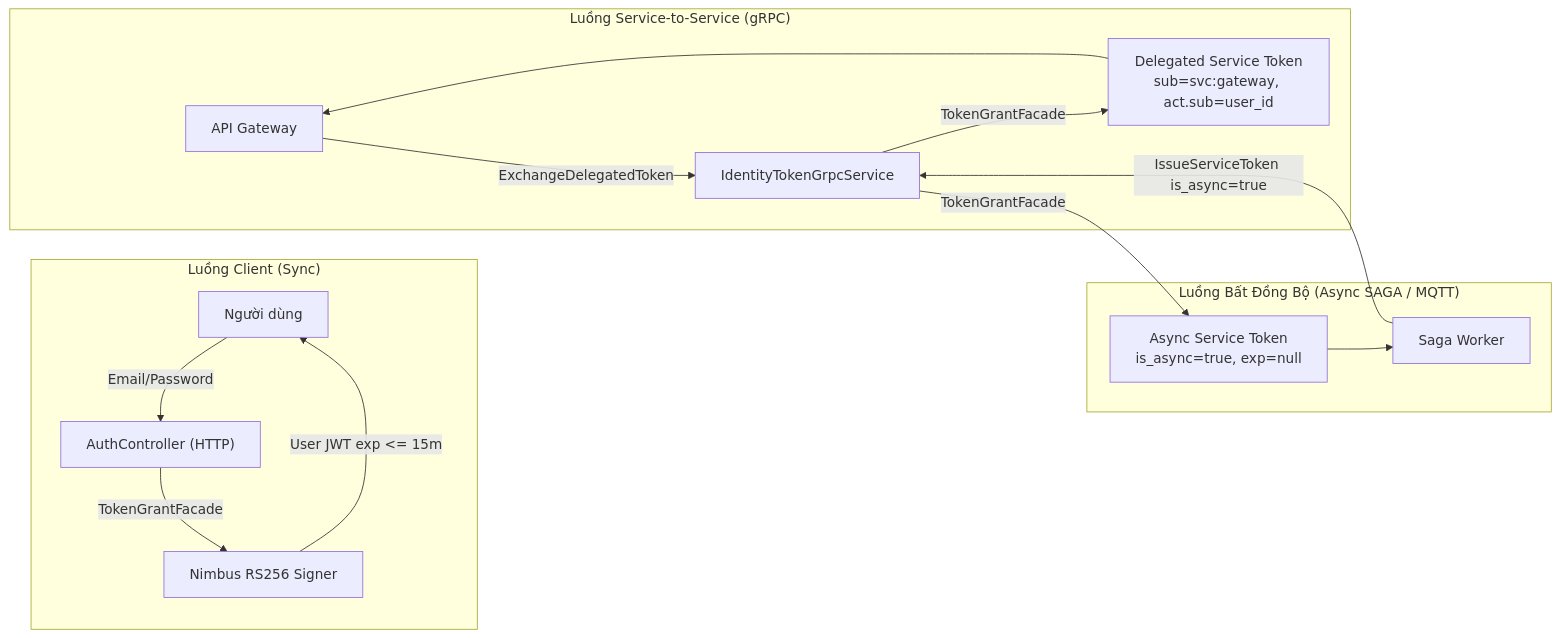
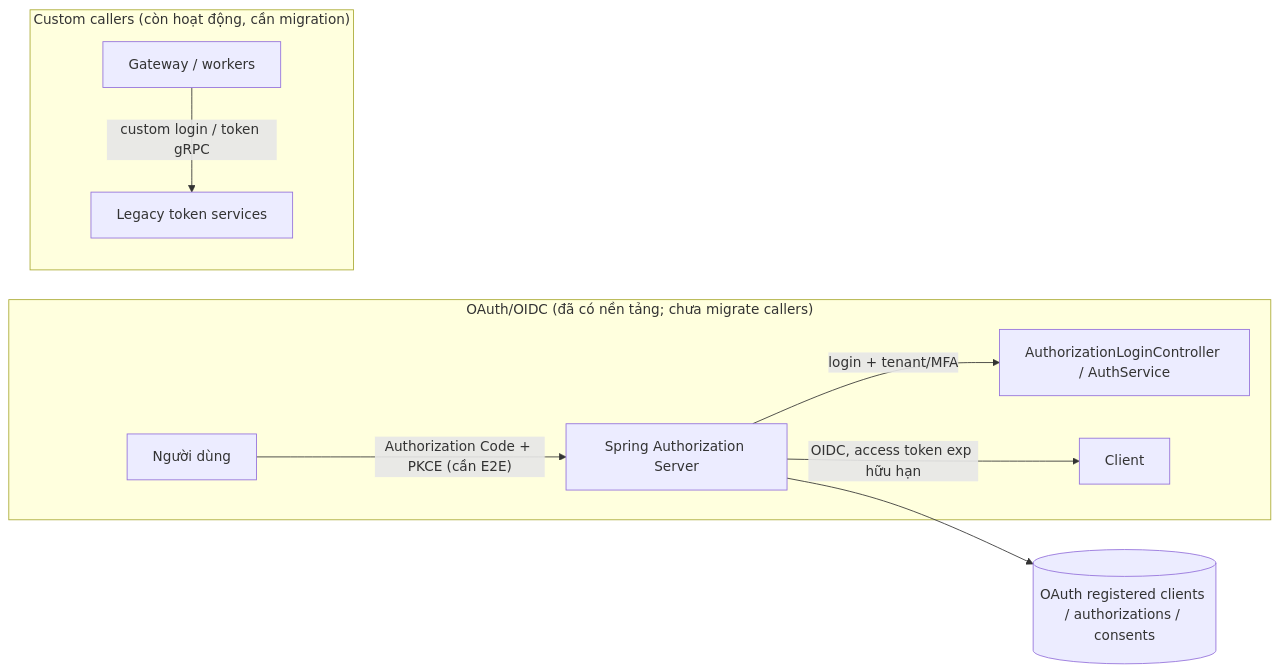
One commit to hatrongvu13/smartfarm-platform-maven-starter changed the diagram in docs/services/identity.md. Above: the diagram before and after it, drawn with Mermaid. The commit also changed other lines of this file and 80 other files, not shown here.

Commit message:
complete identity service

````diff
--- a/docs/services/identity.md
+++ b/docs/services/identity.md
@@ -19,20 +28,14 @@
 ```mermaid
 flowchart LR
-    subgraph ClientLogin["Luồng Client (Sync)"]
-        User["Người dùng"] -->|Email/Password| Auth["AuthController (HTTP)"]
-        Auth -->|TokenGrantFacade| Signer["Nimbus RS256 Signer"]
-        Signer -->|User JWT exp <= 15m| User
+    subgraph OAuth["OAuth/OIDC (đã có nền tảng; chưa migrate callers)"]
+        User["Người dùng"] -->|"Authorization Code + PKCE (cần E2E)"| AS["Spring Authorization Server"]
+        AS -->|"login + tenant/MFA"| Login["AuthorizationLoginController / AuthService"]
+        AS -->|"OIDC, access token exp hữu hạn"| Client["Client"]
     end
 
-    subgraph ServiceDelegation["Luồng Service-to-Service (gRPC)"]
-        GW["API Gateway"] -->|ExchangeDelegatedToken| TokenGrpc["IdentityTokenGrpcService"]
-        TokenGrpc -->|TokenGrantFacade| SvcToken["Delegated Service Token\nsub=svc:gateway, act.sub=user_id"]
-        SvcToken --> GW
+    subgraph Legacy["Custom callers (còn hoạt động, cần migration)"]
+        GW["Gateway / workers"] -->|custom login / token gRPC| LegacyToken["Legacy token services"]
     end
 
-    subgraph AsyncFlow["Luồng Bất Đồng Bộ (Async SAGA / MQTT)"]
-        Worker["Saga Worker"] -->|IssueServiceToken is_async=true| TokenGrpc
-        TokenGrpc -->|TokenGrantFacade| AsyncToken["Async Service Token\nis_async=true, exp=null"]
-        AsyncToken --> Worker
-    end
+    AS --> OAuthDB[("OAuth registered clients / authorizations / consents")]
 ```
````
